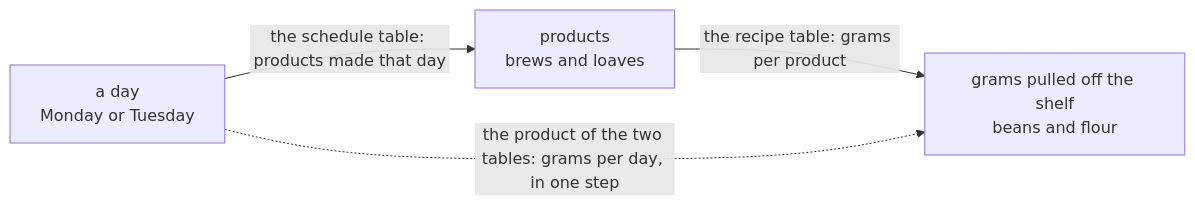
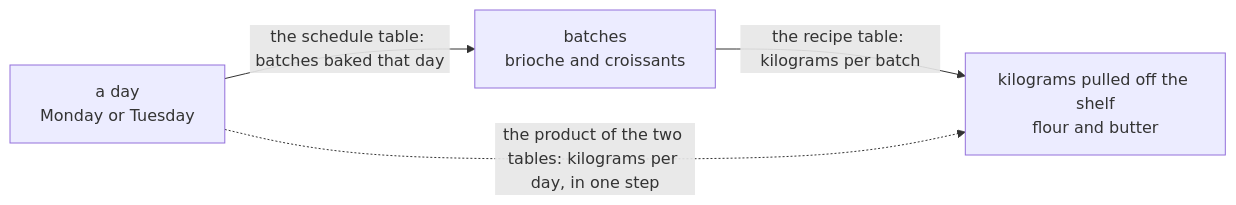
Before and after one commit to wappy-x/Mathematics: the first of 2 diagrams in Cards/03-Algebra/04-Matrices/03-matrix-multiplication.md, drawn with Mermaid. The commit also changed other lines of this file and 9 other files, not shown here.

````diff
--- a/Cards/03-Algebra/04-Matrices/03-matrix-multiplication.md
+++ b/Cards/03-Algebra/04-Matrices/03-matrix-multiplication.md
@@ -21,6 +21,6 @@
 ```mermaid
 flowchart LR
-    D["a day<br/>Monday or Tuesday"] -- "the schedule table: products made that day" --> P["products<br/>brews and loaves"]
-    P -- "the recipe table: grams per product" --> G["grams pulled off the shelf<br/>beans and flour"]
-    D -. "the product of the two tables: grams per day, in one step" .-> G
+    D["a day<br/>Monday or Tuesday"] -- "the schedule table: batches baked that day" --> P["batches<br/>brioche and croissants"]
+    P -- "the recipe table: kilograms per batch" --> G["kilograms pulled off the shelf<br/>flour and butter"]
+    D -. "the product of the two tables: kilograms per day, in one step" .-> G
 ```
````
